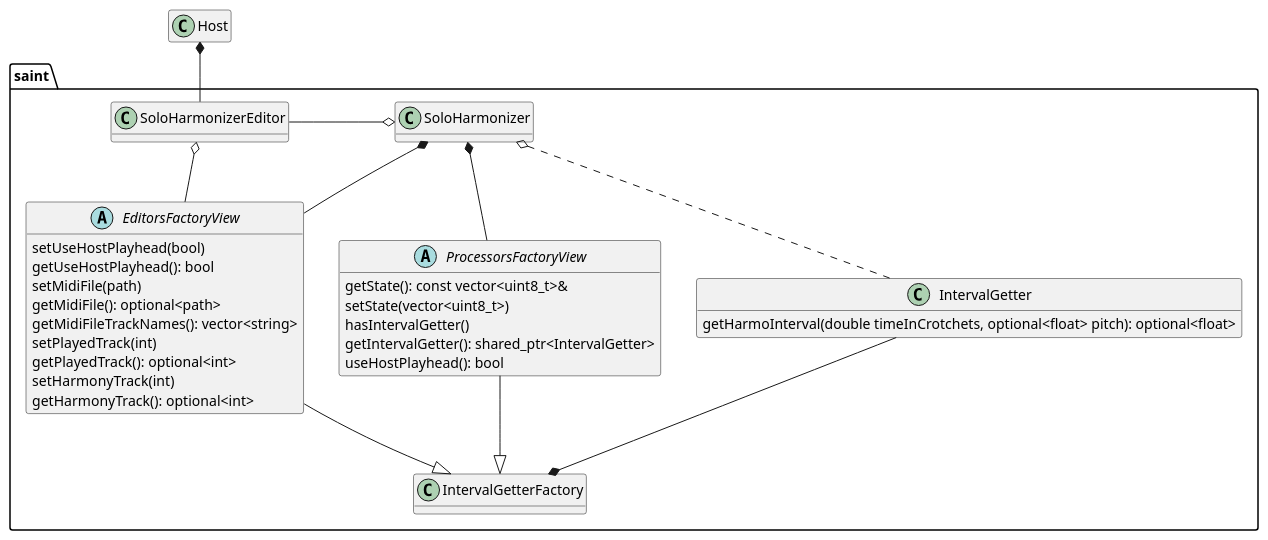
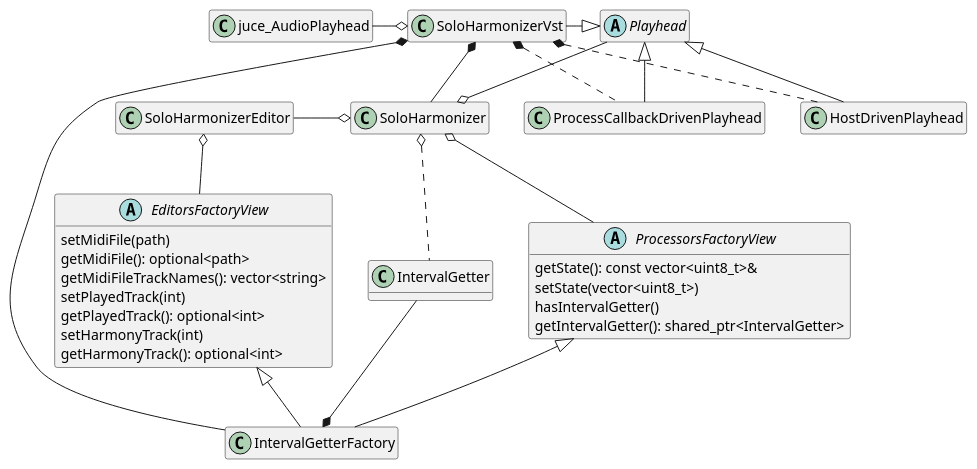
Before and after one commit to saintmatthieu/solo-harmonizer: the diagram in _doc/class-diagram.puml, drawn with PlantUML. The commit also changed 23 other files, not shown here.

```diff
--- a/_doc/class-diagram.puml
+++ b/_doc/class-diagram.puml
@@ -1,54 +1,59 @@
 @startuml
 
 hide fields
-hide Host methods
-hide saint.SoloHarmonizer methods
-hide saint.SoloHarmonizerEditor methods
-hide saint.IntervalGetterFactory methods
+hide SoloHarmonizer methods
+hide SoloHarmonizerEditor methods
+hide IntervalGetterFactory methods
+hide juce_AudioPlayhead methods
+hide Playhead methods
+hide SoloHarmonizerVst methods
+hide ProcessCallbackDrivenPlayhead methods
+hide HostDrivenPlayhead methods
 
-class Host
-
-namespace saint {
+abstract class Playhead
 class SoloHarmonizer
 class SoloHarmonizerEditor
+class SoloHarmonizerVst
+class ProcessCallbackDrivenPlayhead
+class HostDrivenPlayhead
 
 abstract class EditorsFactoryView {
-  setUseHostPlayhead(bool)
-  getUseHostPlayhead(): bool
   setMidiFile(path)
   getMidiFile(): optional<path>
   getMidiFileTrackNames(): vector<string>
   setPlayedTrack(int)
   getPlayedTrack(): optional<int>
   setHarmonyTrack(int)
   getHarmonyTrack(): optional<int>
 }
 
 abstract class ProcessorsFactoryView {
   getState(): const vector<uint8_t>&
   setState(vector<uint8_t>)
   hasIntervalGetter()
   getIntervalGetter(): shared_ptr<IntervalGetter>
-  useHostPlayhead(): bool
 }
 
 class IntervalGetterFactory
-class IntervalGetter {
-  getHarmoInterval(double timeInCrotchets, optional<float> pitch): optional<float>
-}
+class IntervalGetter
 
+SoloHarmonizerVst *- IntervalGetterFactory
+SoloHarmonizerVst *-- SoloHarmonizer
+SoloHarmonizerVst *.. ProcessCallbackDrivenPlayhead
+SoloHarmonizerVst *.. HostDrivenPlayhead
 SoloHarmonizerEditor -o SoloHarmonizer
-SoloHarmonizer *-- ProcessorsFactoryView
-SoloHarmonizer *-- EditorsFactoryView
+SoloHarmonizer o-- ProcessorsFactoryView
 SoloHarmonizerEditor o-- EditorsFactoryView
 
-EditorsFactoryView --|> IntervalGetterFactory
-ProcessorsFactoryView --|> IntervalGetterFactory
+EditorsFactoryView <|-- IntervalGetterFactory
+ProcessorsFactoryView <|-- IntervalGetterFactory
 SoloHarmonizer o. IntervalGetter
 IntervalGetter --* IntervalGetterFactory
 
-}
-
-Host *-- saint.SoloHarmonizerEditor
+juce_AudioPlayhead -o SoloHarmonizerVst
+SoloHarmonizerVst -|> Playhead
+Playhead <|-- ProcessCallbackDrivenPlayhead
+Playhead <|-- HostDrivenPlayhead
+Playhead --o SoloHarmonizer
 
 @enduml
```
